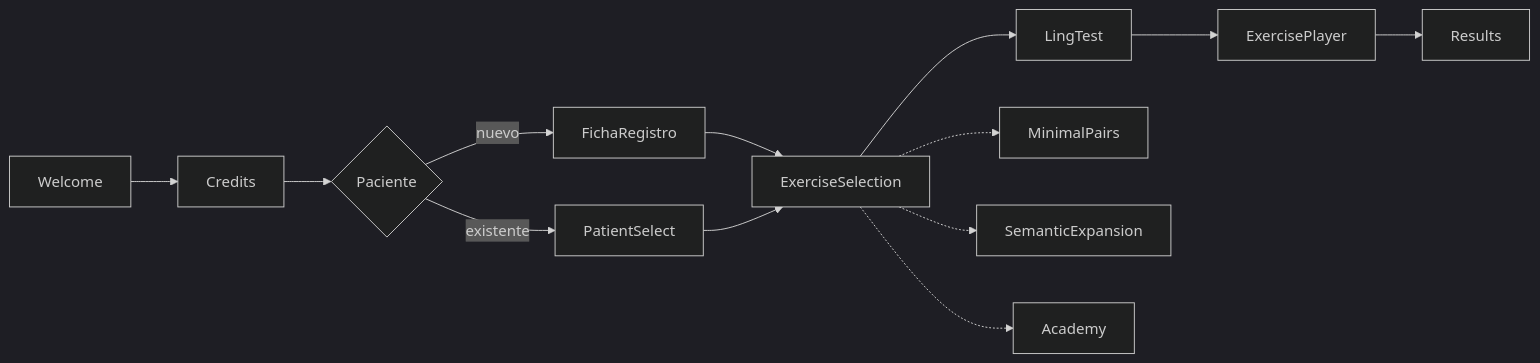
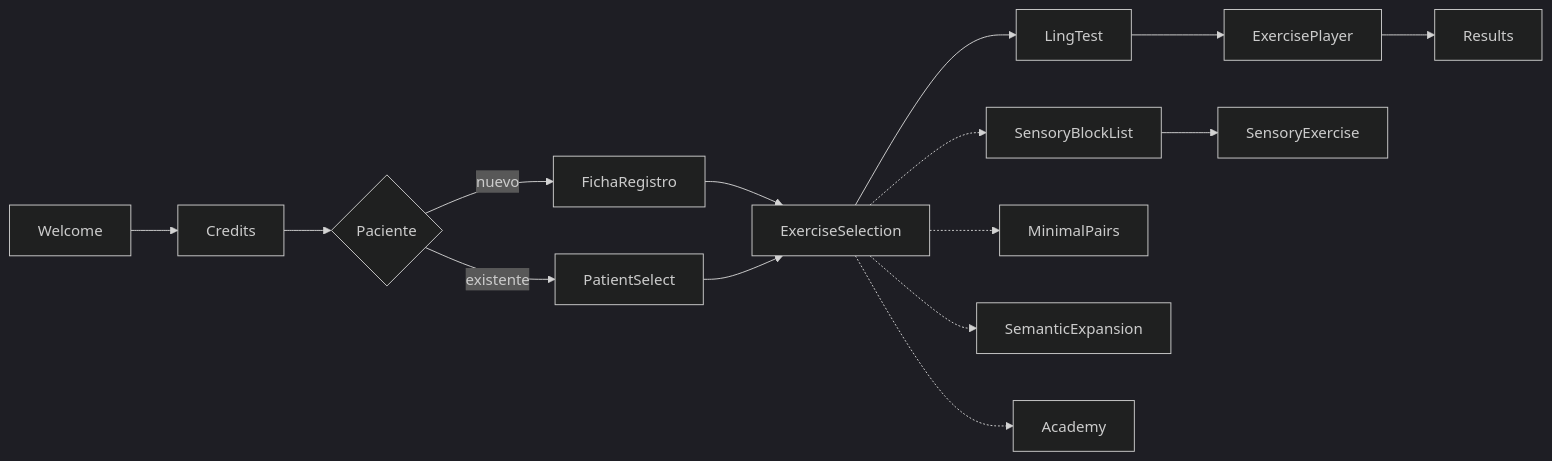
One commit to FrankBetances/Valeria changed the first of 2 diagrams in README.md. Above: the diagram before and after it, drawn with Mermaid (dark theme). The commit also changed other lines of this file and 30 other files, not shown here.

````diff
--- a/README.md
+++ b/README.md
@@ -539,15 +703,17 @@
 ```mermaid
 flowchart LR
     W[Welcome] --> C[Credits]
     C --> P{Paciente}
     P -->|nuevo| F[FichaRegistro]
     P -->|existente| S[PatientSelect]
     F --> H[ExerciseSelection]
     S --> H
     H --> L[LingTest]
     L --> E[ExercisePlayer]
     E --> R[Results]
+    H -.-> SN[SensoryBlockList]
+    SN --> SX[SensoryExercise]
     H -.-> MP[MinimalPairs]
     H -.-> SE[SemanticExpansion]
     H -.-> AC[Academy]
 ```
````
